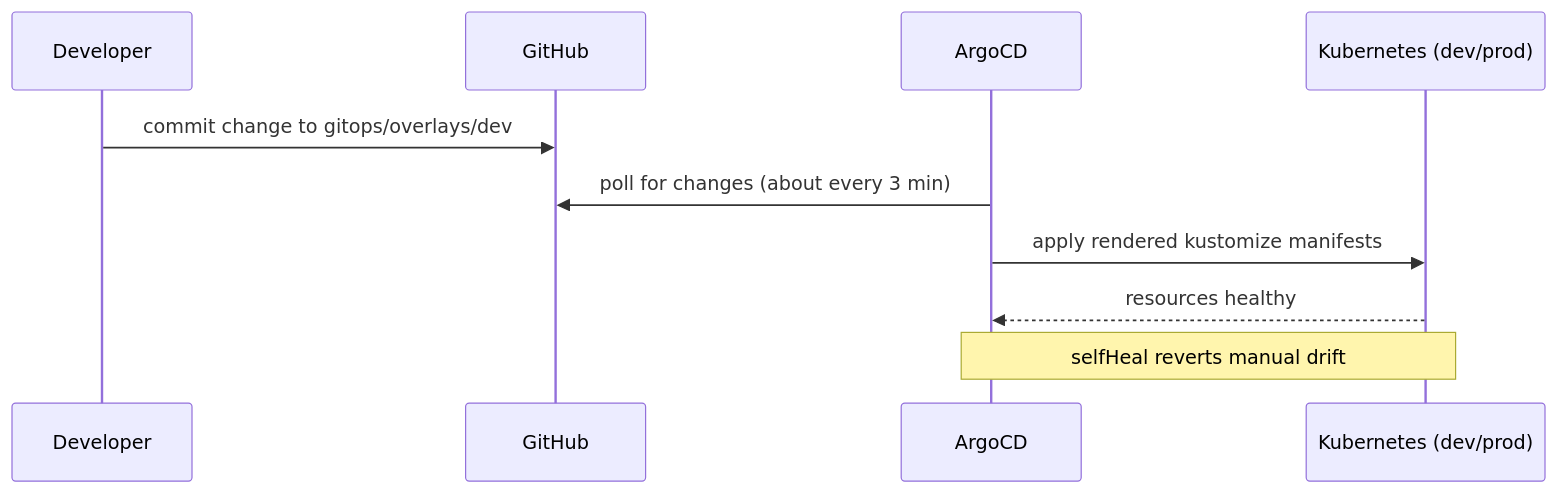
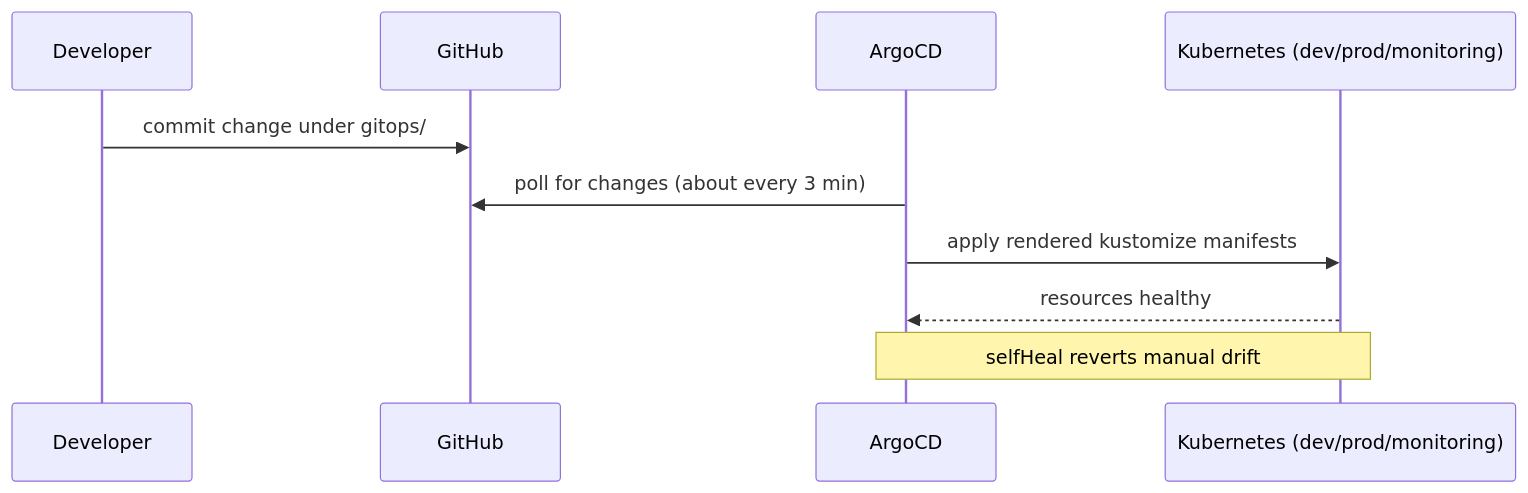
One commit to VishalGawale/kubernetes-gitops-delivery changed the second of 2 diagrams in README.md. Above: the diagram before and after it, drawn with Mermaid. The commit also changed other lines of this file and 2 other files, not shown here.

Commit message:
Document monitoring and add dashboard and ArgoCD screenshots

````diff
--- a/README.md
+++ b/README.md
@@ -28,12 +31,12 @@
 ```mermaid
 sequenceDiagram
     participant D as Developer
     participant G as GitHub
     participant A as ArgoCD
-    participant K as Kubernetes (dev/prod)
-    D->>G: commit change to gitops/overlays/dev
+    participant K as Kubernetes (dev/prod/monitoring)
+    D->>G: commit change under gitops/
     A->>G: poll for changes (about every 3 min)
     A->>K: apply rendered kustomize manifests
     K-->>A: resources healthy
     Note over A,K: selfHeal reverts manual drift
 ```
````
